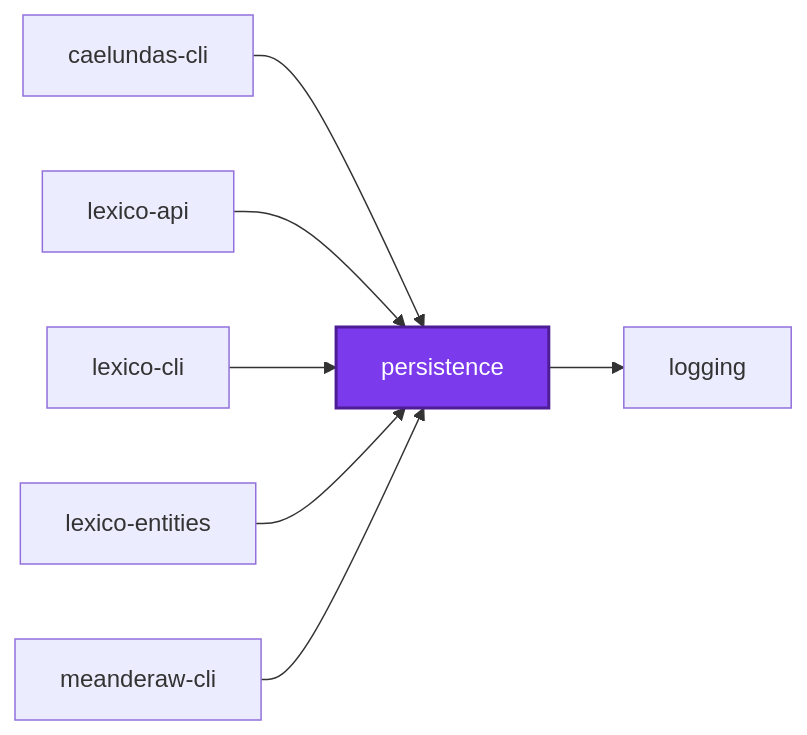
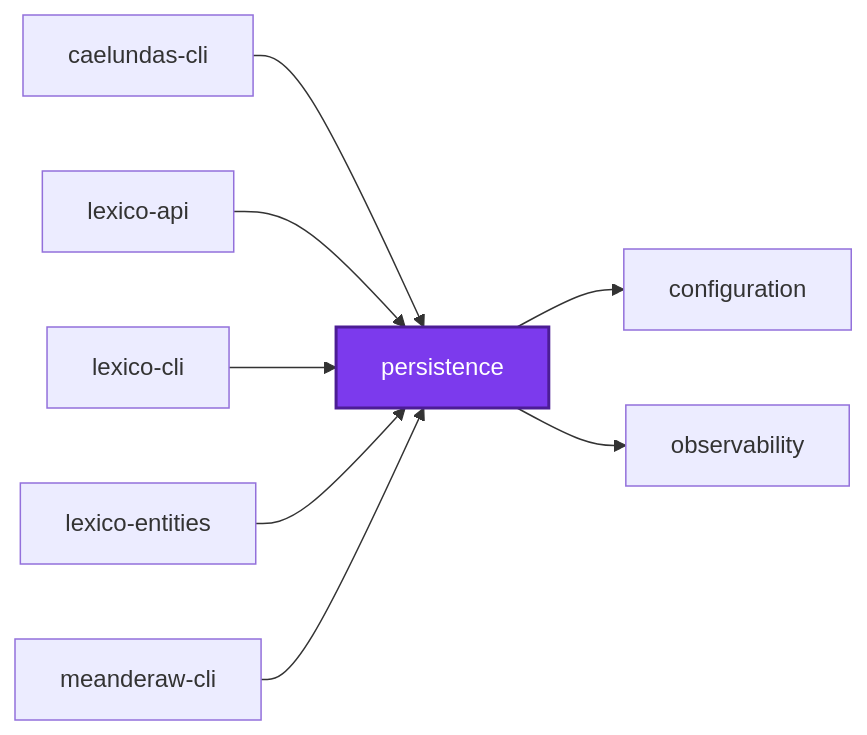
The first of 3 diagrams in projects/common/persistence/README.md (organizzolini/codebase), drawn with Mermaid before and after one commit. The commit also changed other lines of this file and 68 other files, not shown here.

````diff
--- a/projects/common/persistence/README.md
+++ b/projects/common/persistence/README.md
@@ -379,18 +378,20 @@
 ```mermaid
 graph LR
   caelundas_cli["caelundas-cli"]
+  configuration["configuration"]
   lexico_api["lexico-api"]
   lexico_cli["lexico-cli"]
   lexico_entities["lexico-entities"]
-  logging["logging"]
   meanderaw_cli["meanderaw-cli"]
+  observability["observability"]
   persistence["persistence"]
   caelundas_cli --> persistence
   lexico_api --> persistence
   lexico_cli --> persistence
   lexico_entities --> persistence
   meanderaw_cli --> persistence
-  persistence --> logging
+  persistence --> configuration
+  persistence --> observability
   classDef subject fill:#7c3aed,color:#fff,stroke:#4c1d95,stroke-width:2px
   class persistence subject
 ```
````
